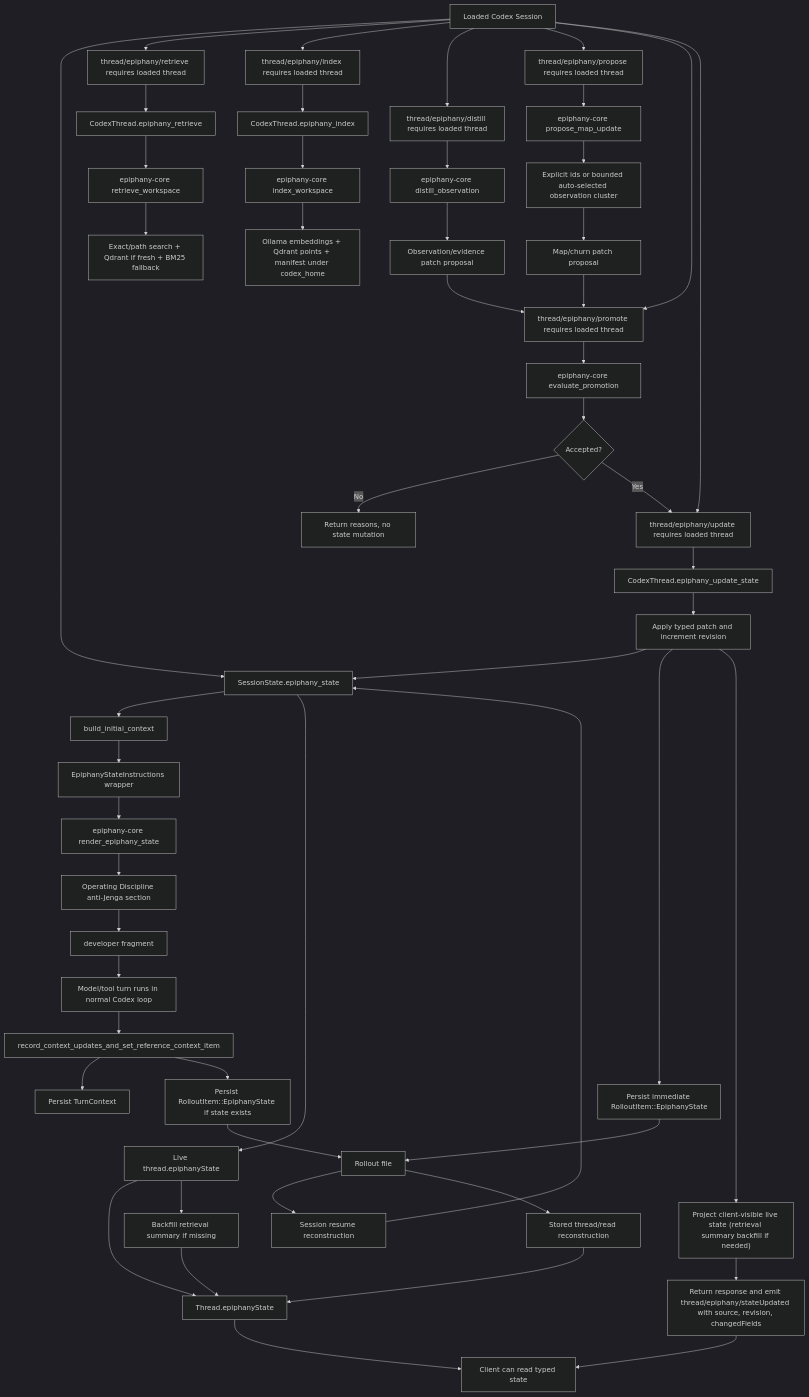
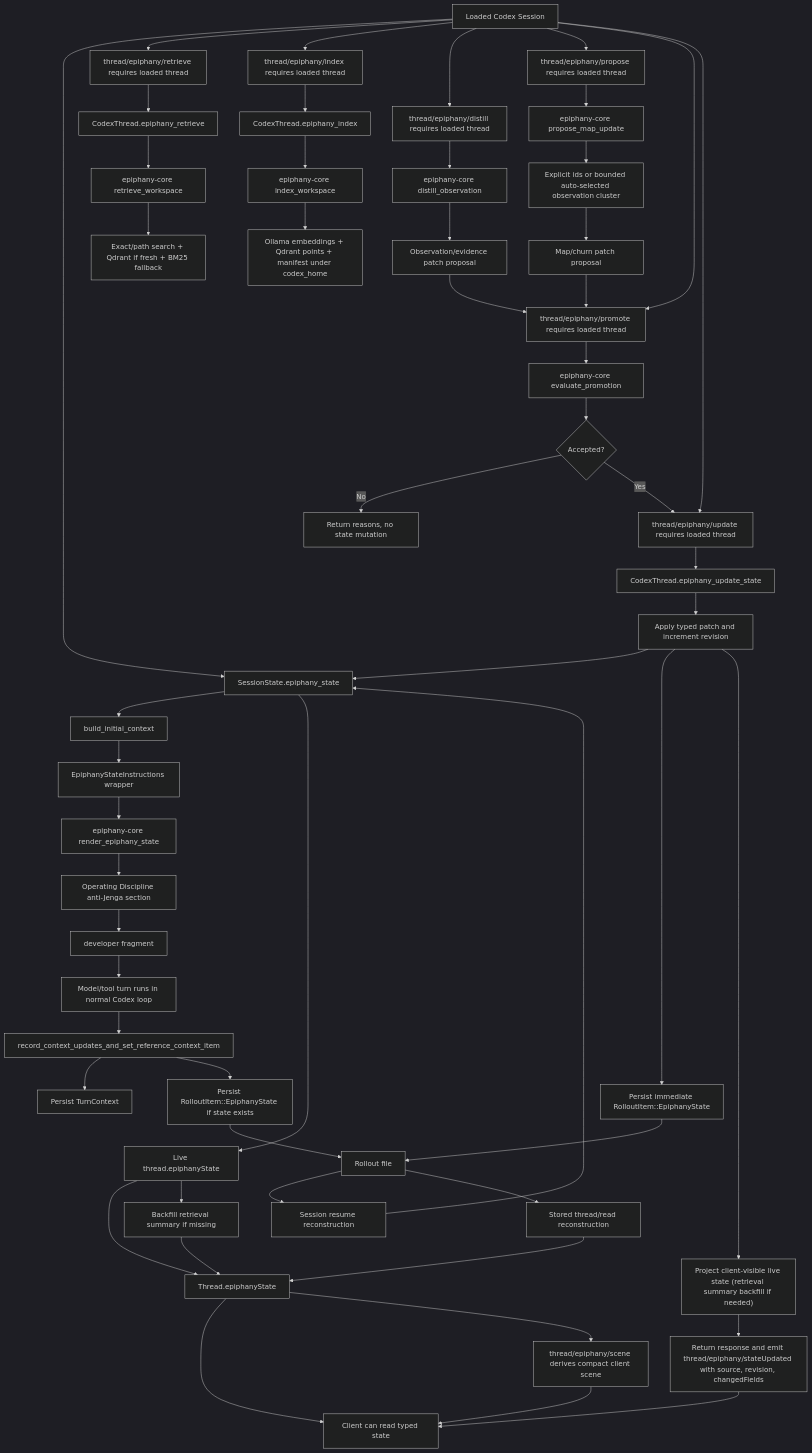
One commit to GameCult/Epiphany changed the diagram in notes/epiphany-current-algorithmic-map.md. Above: the diagram before and after it, drawn with Mermaid (dark theme). The commit also changed other lines of this file and 21 other files, not shown here.

Commit message:
Add Epiphany scene projection

````diff
--- a/notes/epiphany-current-algorithmic-map.md
+++ b/notes/epiphany-current-algorithmic-map.md
@@ -38,54 +39,56 @@
 ```mermaid
 flowchart TD
     A["Loaded Codex Session"] --> B["SessionState.epiphany_state"]
     B --> C["build_initial_context"]
     C --> D["EpiphanyStateInstructions wrapper"]
     D --> E["epiphany-core render_epiphany_state"]
     E --> EA["Operating Discipline anti-Jenga section"]
     EA --> F["<epiphany_state> developer fragment"]
     F --> G["Model/tool turn runs in normal Codex loop"]
     G --> H["record_context_updates_and_set_reference_context_item"]
     H --> I["Persist TurnContext"]
     H --> J["Persist RolloutItem::EpiphanyState if state exists"]
     J --> K["Rollout file"]
     K --> L["Session resume reconstruction"]
     L --> B
     K --> M["Stored thread/read reconstruction"]
     M --> N["Thread.epiphanyState"]
     B --> O["Live thread.epiphanyState"]
     O --> N
     O --> P["Backfill retrieval summary if missing"]
     P --> N
     N --> Q["Client can read typed state"]
+    N --> QS["thread/epiphany/scene derives compact client scene"]
+    QS --> Q
     A --> R["thread/epiphany/retrieve requires loaded thread"]
     A --> S["thread/epiphany/index requires loaded thread"]
     A --> AA["thread/epiphany/distill requires loaded thread"]
     A --> AH["thread/epiphany/propose requires loaded thread"]
     A --> AD["thread/epiphany/promote requires loaded thread"]
     A --> Z["thread/epiphany/update requires loaded thread"]
     AA --> AB["epiphany-core distill_observation"]
     AB --> AC["Observation/evidence patch proposal"]
     AC --> AD
     AH --> AI["epiphany-core propose_map_update"]
     AI --> AIA["Explicit ids or bounded auto-selected observation cluster"]
     AIA --> AJ["Map/churn patch proposal"]
     AJ --> AD
     AD --> AE["epiphany-core evaluate_promotion"]
     AE --> AF{"Accepted?"}
     AF -->|"No"| AG["Return reasons, no state mutation"]
     AF -->|"Yes"| Z
     R --> T["CodexThread.epiphany_retrieve"]
     S --> U["CodexThread.epiphany_index"]
     Z --> ZA["CodexThread.epiphany_update_state"]
     ZA --> ZB["Apply typed patch and increment revision"]
     ZB --> B
     ZB --> ZC["Persist immediate RolloutItem::EpiphanyState"]
     ZB --> ZD["Project client-visible live state (retrieval summary backfill if needed)"]
     ZD --> ZE["Return response and emit thread/epiphany/stateUpdated with source, revision, changedFields"]
     ZE --> Q
     ZC --> K
     T --> V["epiphany-core retrieve_workspace"]
     U --> W["epiphany-core index_workspace"]
     V --> X["Exact/path search + Qdrant if fresh + BM25 fallback"]
     W --> Y["Ollama embeddings + Qdrant points + manifest under codex_home"]
 ```
````
